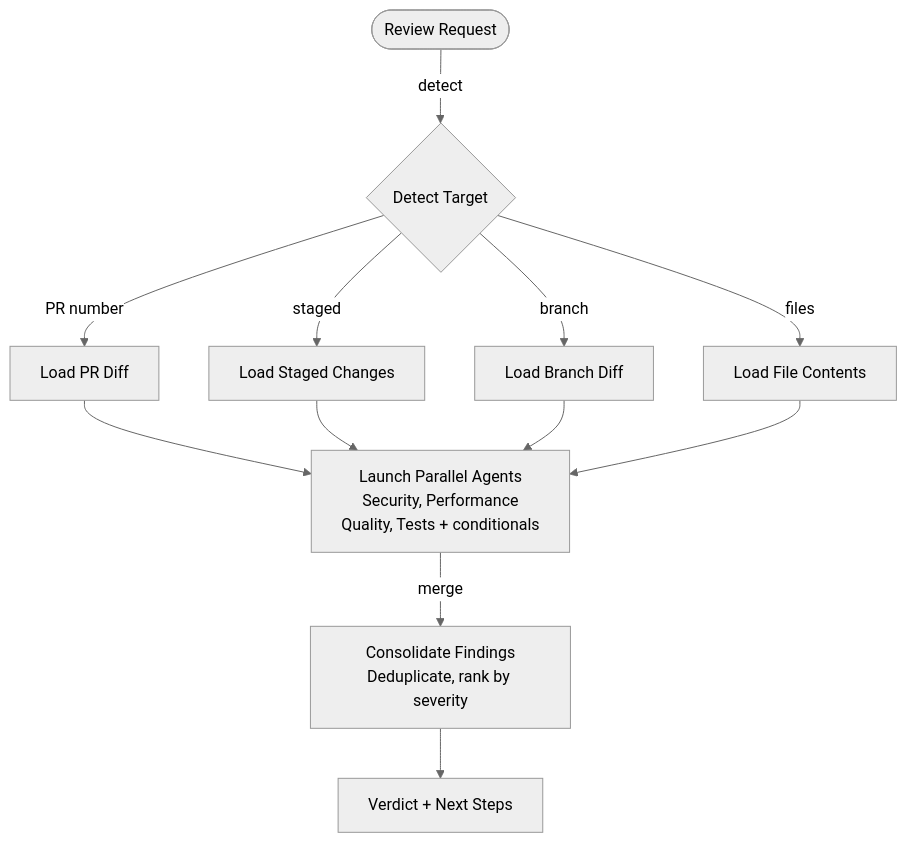
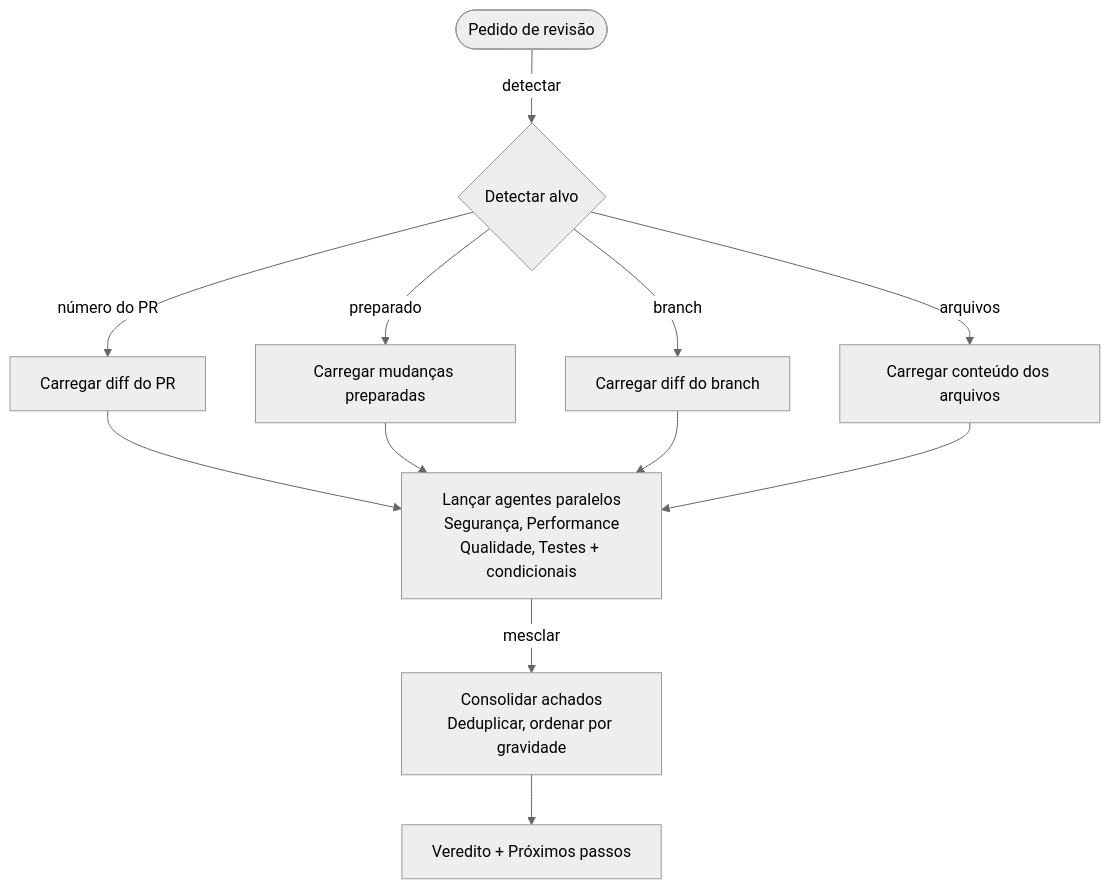
One commit to claude-code-mods/claude-code-mods-pt-br changed the fifth of 10 diagrams in mods/start/README.md. Above: the diagram before and after it, drawn with Mermaid (neutral theme). The commit also changed other lines of this file and 21 other files, not shown here.

````diff
--- a/mods/start/README.md
+++ b/mods/start/README.md
@@ -304,14 +304,14 @@
 ```mermaid
 flowchart TD
-    A([Review Request]) --> |detect| B{Detect Target}
-    B --> |PR number| C[Load PR Diff]
-    B --> |staged| D[Load Staged Changes]
-    B --> |branch| E[Load Branch Diff]
-    B --> |files| F[Load File Contents]
-    C --> G[Launch Parallel Agents<br/>Security, Performance<br/>Quality, Tests + conditionals]
+    A([Pedido de revisão]) --> |detectar| B{Detectar alvo}
+    B --> |número do PR| C[Carregar diff do PR]
+    B --> |preparado| D[Carregar mudanças preparadas]
+    B --> |branch| E[Carregar diff do branch]
+    B --> |arquivos| F[Carregar conteúdo dos arquivos]
+    C --> G[Lançar agentes paralelos<br/>Segurança, Performance<br/>Qualidade, Testes + condicionais]
     D --> G
     E --> G
     F --> G
-    G --> |merge| H[Consolidate Findings<br/>Deduplicate, rank by severity]
-    H --> I[Verdict + Next Steps]
+    G --> |mesclar| H[Consolidar achados<br/>Deduplicar, ordenar por gravidade]
+    H --> I[Veredito + Próximos passos]
 ```
````
